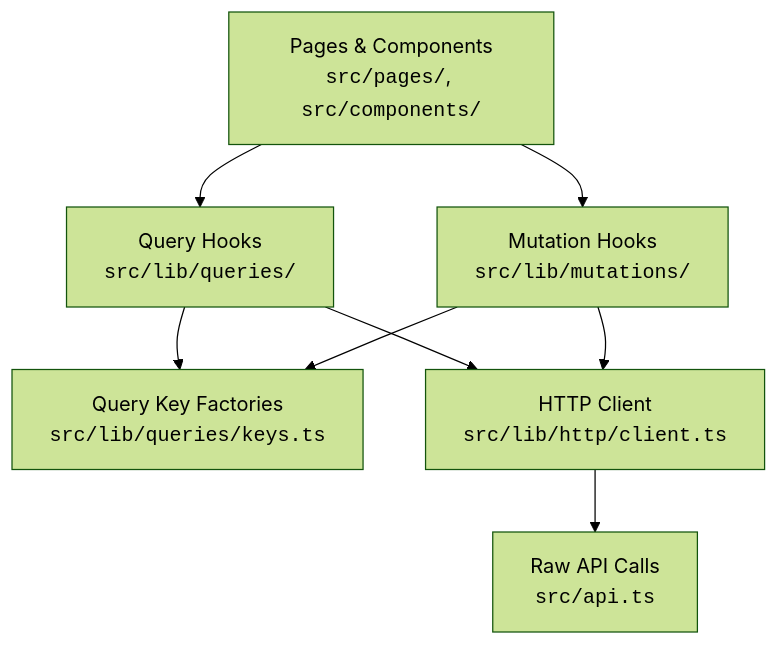
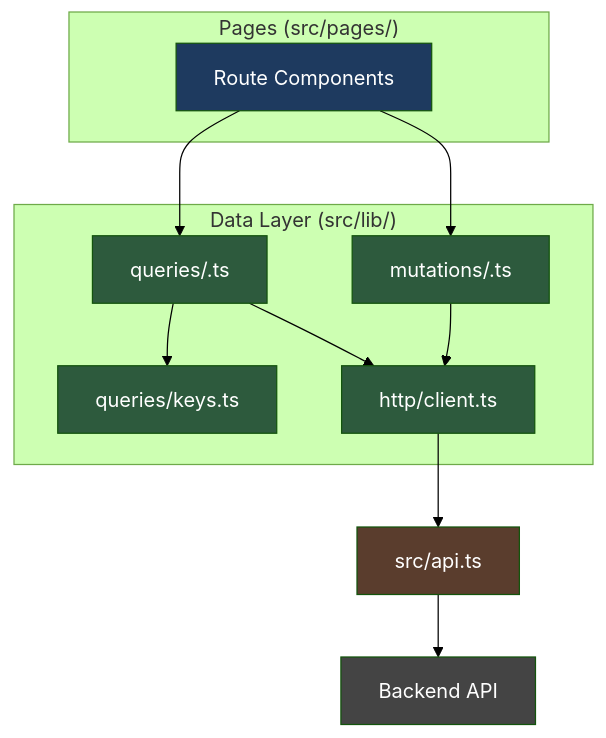
One commit to leszek3737/librefang-WIki changed the diagram in other-librefang-api-dashboard.md. Above: the diagram before and after it, drawn with Mermaid (forest theme). The commit also changed other lines of this file and 119 other files, not shown here.

````diff
--- a/other-librefang-api-dashboard.md
+++ b/other-librefang-api-dashboard.md
@@ -9,10 +9,30 @@
 ```mermaid
 graph TD
-    P["Pages & Components<br/><code>src/pages/</code>, <code>src/components/</code>"] --> Q["Query Hooks<br/><code>src/lib/queries/</code>"]
-    P --> M["Mutation Hooks<br/><code>src/lib/mutations/</code>"]
-    Q --> K["Query Key Factories<br/><code>src/lib/queries/keys.ts</code>"]
-    Q --> C["HTTP Client<br/><code>src/lib/http/client.ts</code>"]
-    M --> C
-    M --> K
-    C --> A["Raw API Calls<br/><code>src/api.ts</code>"]
+    subgraph "Pages (src/pages/)"
+        P[Route Components]
+    end
+    subgraph "Data Layer (src/lib/)"
+        Q[queries/<domain>.ts]
+        M[mutations/<domain>.ts]
+        K[queries/keys.ts]
+        H[http/client.ts]
+    end
+    API[src/api.ts]
+    BE[Backend API]
+
+    P --> Q
+    P --> M
+    Q --> K
+    Q --> H
+    M --> H
+    H --> API
+    API --> BE
+
+    style P fill:#1e3a5f,color:#fff
+    style Q fill:#2d5a3d,color:#fff
+    style M fill:#2d5a3d,color:#fff
+    style K fill:#2d5a3d,color:#fff
+    style H fill:#2d5a3d,color:#fff
+    style API fill:#5a3d2d,color:#fff
+    style BE fill:#444,color:#fff
 ```
````
